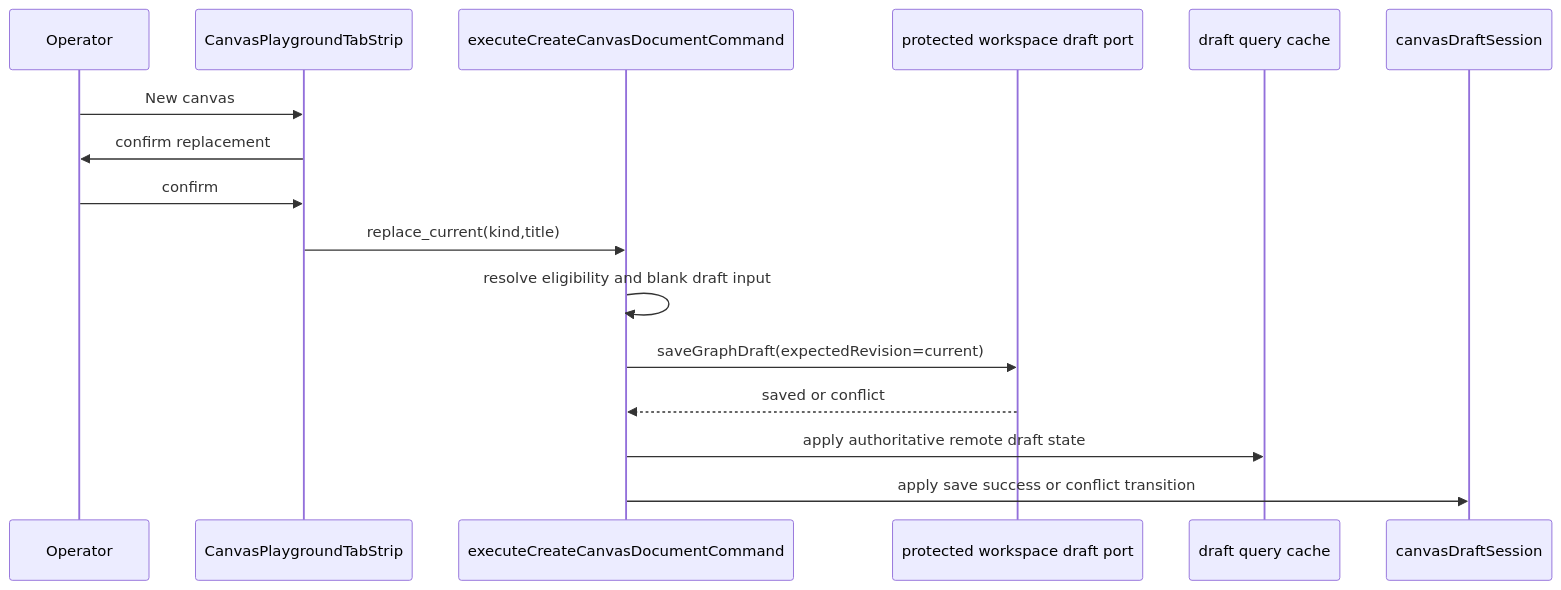
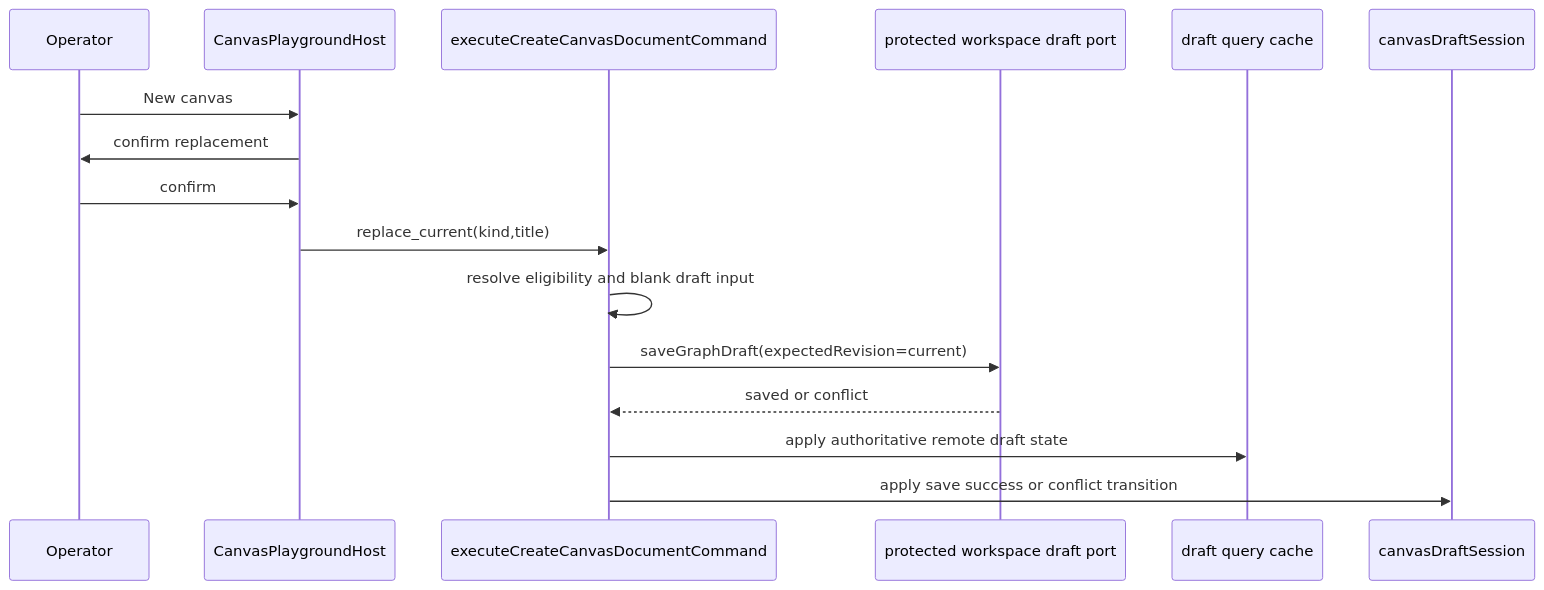
One commit to dunay2/dvt changed the second of 7 diagrams in docs/architecture/components/web/graph/canvas-startup-and-draft-recovery-component.md. Above: the diagram before and after it, drawn with Mermaid. The commit also changed other lines of this file and 19 other files, not shown here.

````diff
--- a/docs/architecture/components/web/graph/canvas-startup-and-draft-recovery-component.md
+++ b/docs/architecture/components/web/graph/canvas-startup-and-draft-recovery-component.md
@@ -158,19 +146,19 @@
 ```mermaid
 sequenceDiagram
   participant Operator
-  participant Tabs as CanvasPlaygroundTabStrip
+  participant Host as CanvasPlaygroundHost
   participant Command as executeCreateCanvasDocumentCommand
   participant Draft as protected workspace draft port
   participant Cache as draft query cache
   participant Session as canvasDraftSession
 
-  Operator->>Tabs: New canvas
-  Tabs->>Operator: confirm replacement
-  Operator->>Tabs: confirm
-  Tabs->>Command: replace_current(kind,title)
+  Operator->>Host: New canvas
+  Host->>Operator: confirm replacement
+  Operator->>Host: confirm
+  Host->>Command: replace_current(kind,title)
   Command->>Command: resolve eligibility and blank draft input
   Command->>Draft: saveGraphDraft(expectedRevision=current)
   Draft-->>Command: saved or conflict
   Command->>Cache: apply authoritative remote draft state
   Command->>Session: apply save success or conflict transition
 ```
````
